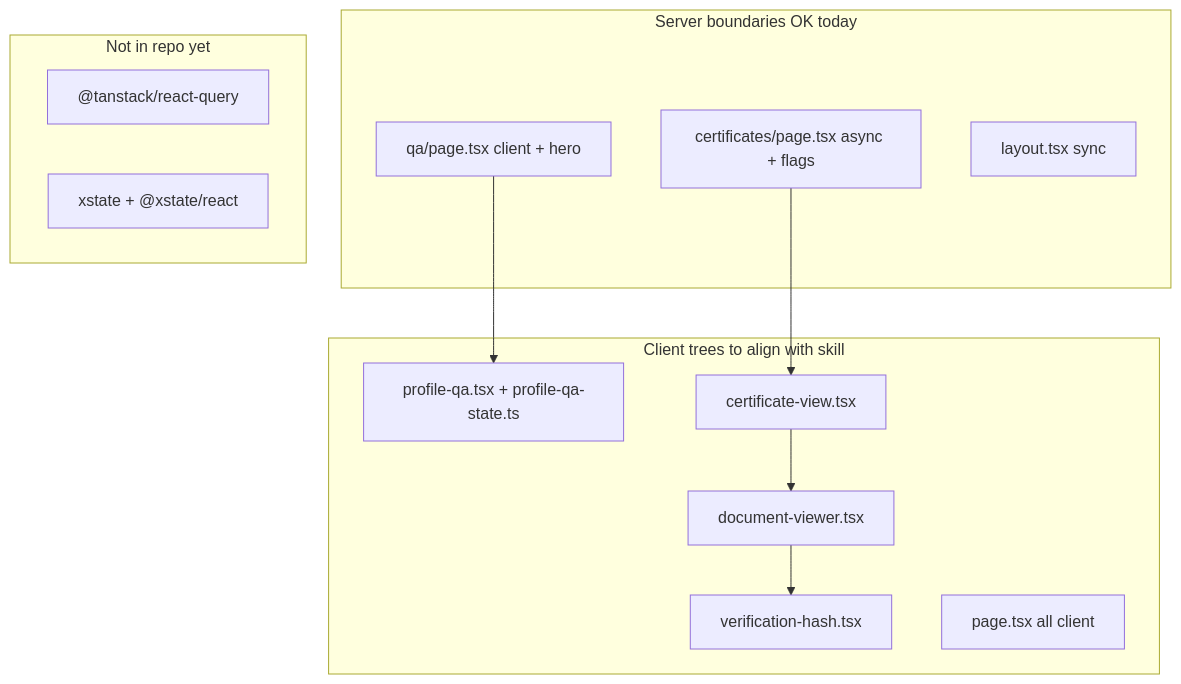
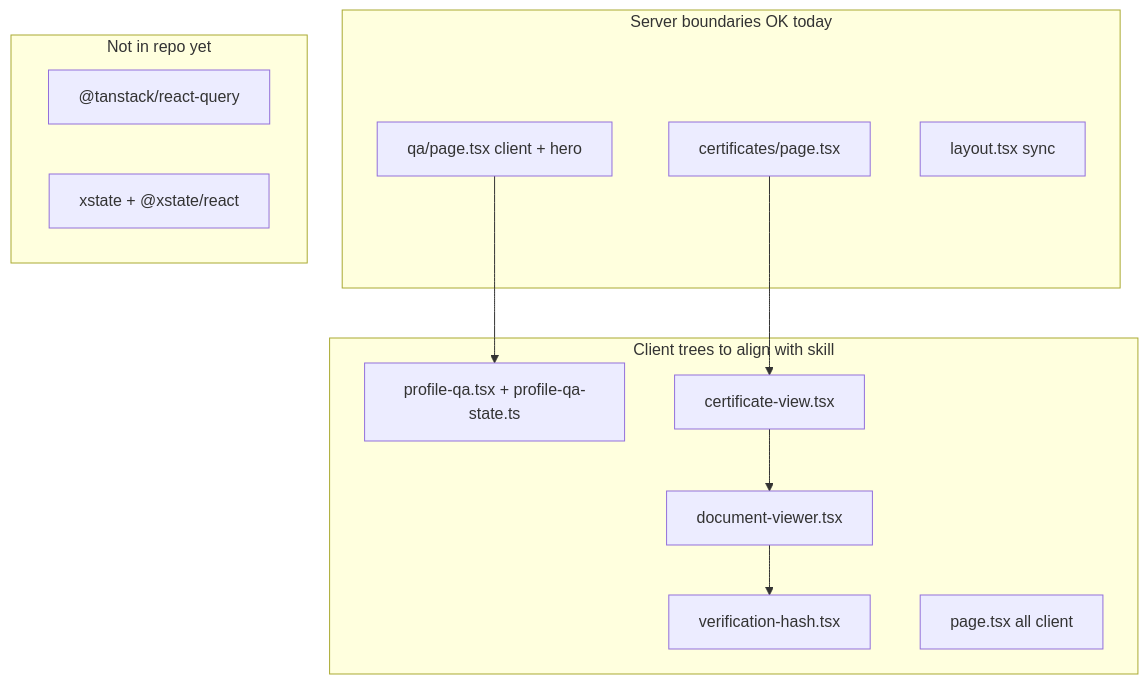
One commit to p10ns11y/devprofile changed the diagram in docs/react-client-roadmap.md. Above: the diagram before and after it, drawn with Mermaid. The commit also changed other lines of this file and 8 other files, not shown here.

````diff
--- a/docs/react-client-roadmap.md
+++ b/docs/react-client-roadmap.md
@@ -20,23 +20,23 @@
 ```mermaid
 flowchart TB
   subgraph serverOK [Server boundaries OK today]
     QAPage["qa/page.tsx client + hero"]
-    CertPage["certificates/page.tsx async + flags"]
+    CertPage["certificates/page.tsx"]
     RootLayout["layout.tsx sync"]
   end
   subgraph clientWork [Client trees to align with skill]
     ProfileQA["profile-qa.tsx + profile-qa-state.ts"]
     VerifyHash["verification-hash.tsx"]
     CertView["certificate-view.tsx"]
     DocViewer["document-viewer.tsx"]
     HomePage["page.tsx all client"]
   end
   subgraph depsToAdd [Not in repo yet]
     RQ["@tanstack/react-query"]
     XS["xstate + @xstate/react"]
   end
   QAPage --> ProfileQA
   CertPage --> CertView
   CertView --> DocViewer
   DocViewer --> VerifyHash
 ```
````
